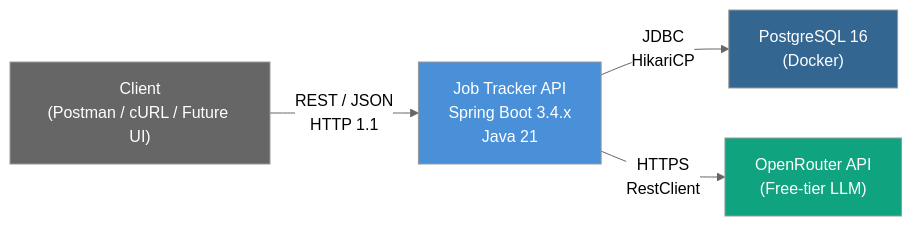
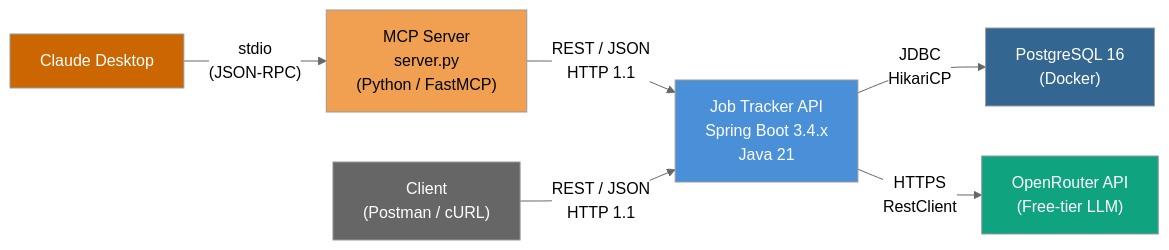
One commit to sharmavipin1608/JobsApplicationTracker changed the first of 5 diagrams in architecture.md. Above: the diagram before and after it, drawn with Mermaid (neutral theme). The commit also changed other lines of this file and 6 other files, not shown here.

First line of the commit message:
Add V4: MCP server for Claude Desktop integration (#5)

````diff
--- a/architecture.md
+++ b/architecture.md
@@ -26,16 +26,22 @@
 ```mermaid
 graph LR
-    Client["Client\n(Postman / cURL / Future UI)"]
+    CD["Claude Desktop"]
+    MCP["MCP Server\nserver.py\n(Python / FastMCP)"]
+    Client["Client\n(Postman / cURL)"]
     API["Job Tracker API\nSpring Boot 3.4.x\nJava 21"]
     DB["PostgreSQL 16\n(Docker)"]
     OR["OpenRouter API\n(Free-tier LLM)"]
 
+    CD -- "stdio\n(JSON-RPC)" --> MCP
+    MCP -- "REST / JSON\nHTTP 1.1" --> API
     Client -- "REST / JSON\nHTTP 1.1" --> API
     API -- "JDBC\nHikariCP" --> DB
     API -- "HTTPS\nRestClient" --> OR
 
+    style CD fill:#cc6600,color:#fff
+    style MCP fill:#f0a050,color:#000
     style API fill:#4a90d9,color:#fff
     style DB fill:#336791,color:#fff
     style OR fill:#10a37f,color:#fff
     style Client fill:#666,color:#fff
 ```
````
